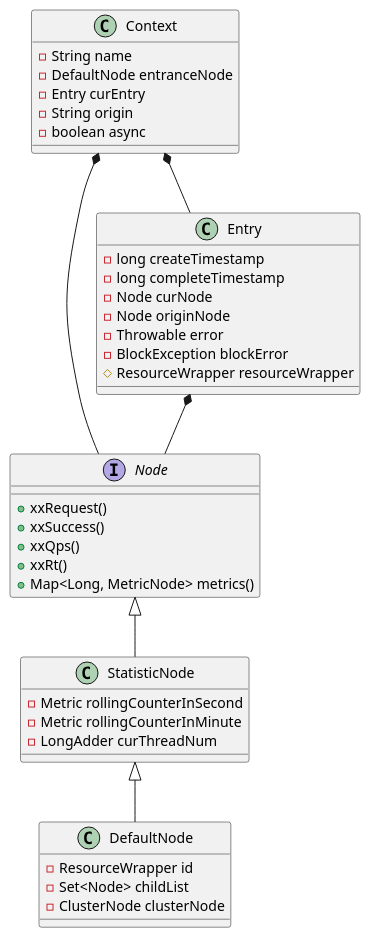
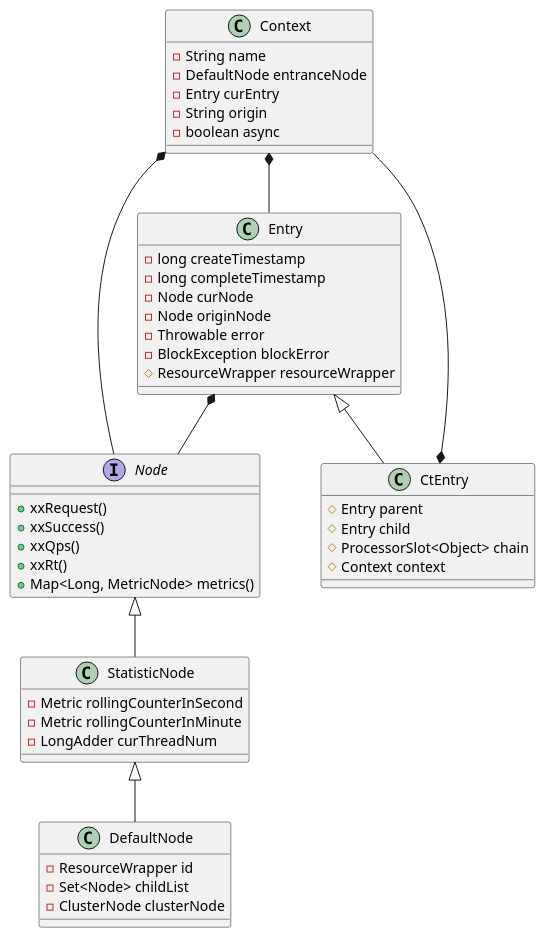
Before and after one commit to Gh0st99/Gh0st99.github.io: the second of 2 diagrams in _posts/2020-08-31-Sentinel.md, drawn with PlantUML. The commit also changed 1 other file, not shown here.

Commit message:
sentinel

````diff
--- a/_posts/2020-08-31-Sentinel.md
+++ b/_posts/2020-08-31-Sentinel.md
@@ -299,50 +299,60 @@
 ```plantuml
 @startuml context 类图
 class Context {
     - String name
     - DefaultNode entranceNode
     - Entry curEntry
     - String origin
     - boolean async
 }
 
 interface Node {
     + xxRequest()
     + xxSuccess()
     + xxQps()
     + xxRt()
     + Map<Long, MetricNode> metrics()
 }
 
 Context *-- Node
 
 class StatisticNode {
     - Metric rollingCounterInSecond
     - Metric rollingCounterInMinute
     - LongAdder curThreadNum
 }
 
 Node <|-- StatisticNode
 
 class DefaultNode {
     - ResourceWrapper id
     - Set<Node> childList
     - ClusterNode clusterNode
 }
 
 StatisticNode <|-- DefaultNode
 
 class Entry {
     - long createTimestamp
     - long completeTimestamp
     - Node curNode
     - Node originNode
     - Throwable error
     - BlockException blockError
     # ResourceWrapper resourceWrapper
 }
 
 Context *-- Entry
 Entry *-- Node
+
+class CtEntry {
+    # Entry parent
+    # Entry child
+    # ProcessorSlot<Object> chain
+    # Context context
+}
+
+Entry <|-- CtEntry
+CtEntry *-- Context
 @enduml
 ```
````
